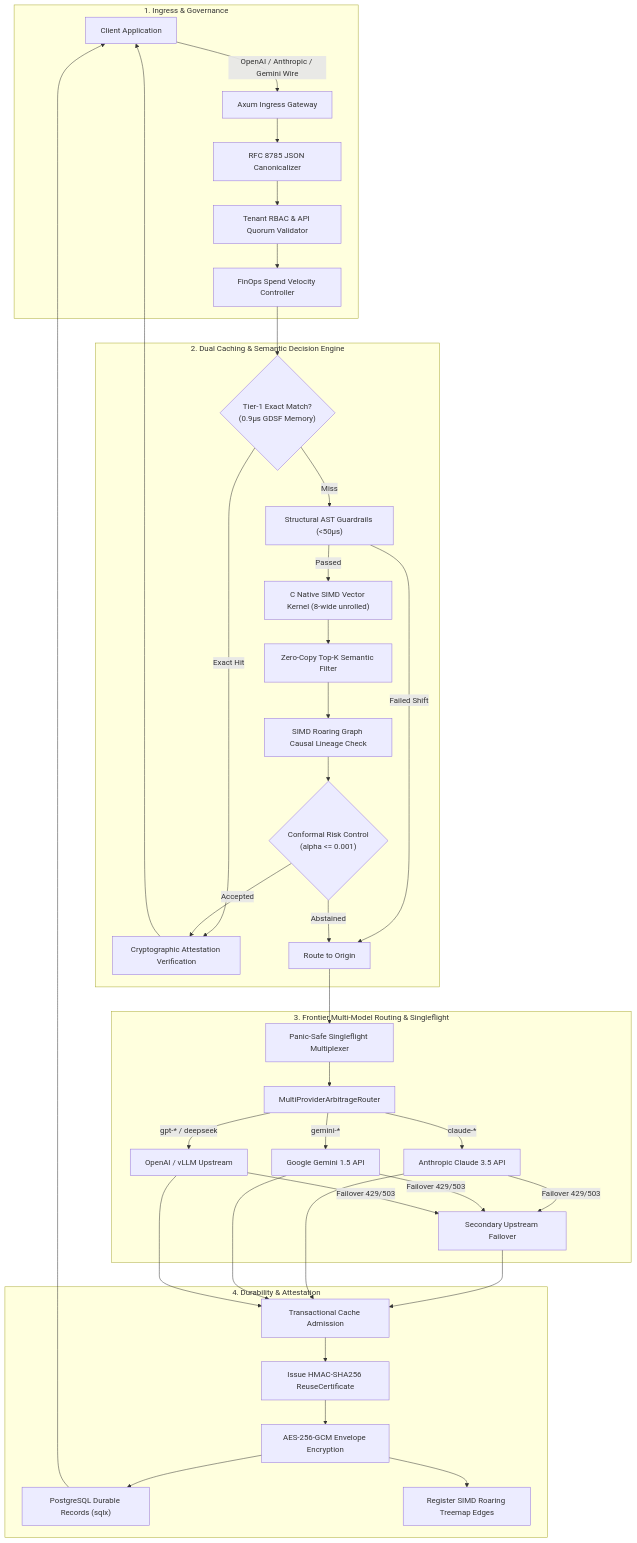
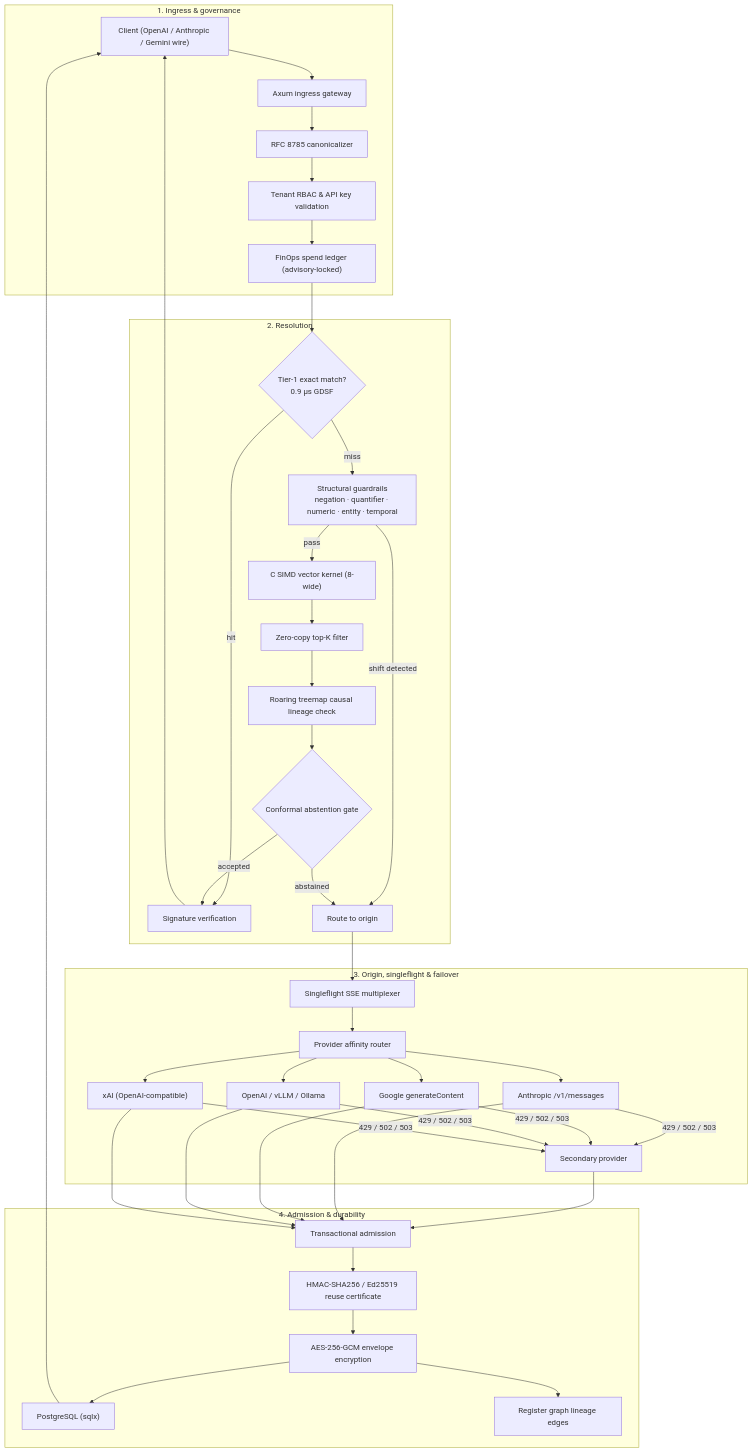
Before and after one commit to Monkey0-9/Sunborn: the diagram in README.md, drawn with Mermaid. The commit also changed other lines of this file and 55 other files, not shown here.

````diff
--- a/README.md
+++ b/README.md
@@ -96,43 +169,42 @@
 ```mermaid
 flowchart TD
-    subgraph Ingress["1. Ingress & Governance"]
-        Client["Client Application"] -->|OpenAI / Anthropic / Gemini Wire| IngressFilter["Axum Ingress Gateway"]
-        IngressFilter --> Canonicalizer["RFC 8785 JSON Canonicalizer"]
-        Canonicalizer --> Auth["Tenant RBAC & API Quorum Validator"]
-        Auth --> FinOps["FinOps Spend Velocity Controller"]
+    subgraph Ingress["1. Ingress & governance"]
+        Client["Client (OpenAI / Anthropic / Gemini wire)"] --> Gateway["Axum ingress gateway"]
+        Gateway --> Canon["RFC 8785 canonicalizer"]
+        Canon --> Auth["Tenant RBAC & API key validation"]
+        Auth --> FinOps["FinOps spend ledger (advisory-locked)"]
     end
 
-    subgraph Resolution["2. Dual Caching & Semantic Decision Engine"]
-        FinOps --> ExactCache{"Tier-1 Exact Match?<br/>(0.9µs GDSF Memory)"}
-        ExactCache -->|Exact Hit| CertVerify["Cryptographic Attestation Verification"]
-        ExactCache -->|Miss| Guardrails["Structural AST Guardrails (<50µs)"]
-        
-        Guardrails -->|Passed| SimdEngine["C Native SIMD Vector Kernel (8-wide unrolled)"]
-        Guardrails -->|Failed Shift| RecomputeRoute["Route to Origin"]
-        
-        SimdEngine --> VectorSearch["Zero-Copy Top-K Semantic Filter"]
-        VectorSearch --> GraphCheck["SIMD Roaring Graph Causal Lineage Check"]
-        GraphCheck --> ConformalGate{"Conformal Risk Control<br/>(alpha <= 0.001)"}
-        ConformalGate -->|Accepted| CertVerify
-        ConformalGate -->|Abstained| RecomputeRoute
+    subgraph Resolution["2. Resolution"]
+        FinOps --> Exact{"Tier-1 exact match?<br/>0.9 µs GDSF"}
+        Exact -->|hit| Attest["Signature verification"]
+        Exact -->|miss| Guard["Structural guardrails<br/>negation · quantifier · numeric · entity · temporal"]
+        Guard -->|shift detected| Origin["Route to origin"]
+        Guard -->|pass| Simd["C SIMD vector kernel (8-wide)"]
+        Simd --> TopK["Zero-copy top-K filter"]
+        TopK --> Graph["Roaring treemap causal lineage check"]
+        Graph --> Conformal{"Conformal abstention gate"}
+        Conformal -->|accepted| Attest
+        Conformal -->|abstained| Origin
     end
 
-    subgraph OriginArbitrage["3. Frontier Multi-Model Routing & Singleflight"]
-        RecomputeRoute --> Singleflight["Panic-Safe Singleflight Multiplexer"]
-        Singleflight --> Router["MultiProviderArbitrageRouter"]
-        Router -->|claude-*| Anthropic["Anthropic Claude 3.5 API"]
-        Router -->|gemini-*| Gemini["Google Gemini 1.5 API"]
-        Router -->|gpt-* / deepseek| OpenAI["OpenAI / vLLM Upstream"]
-        Anthropic & Gemini & OpenAI -->|Failover 429/503| BackupProvider["Secondary Upstream Failover"]
+    subgraph Upstream["3. Origin, singleflight & failover"]
+        Origin --> Singleflight["Singleflight SSE multiplexer"]
+        Singleflight --> Router["Provider affinity router"]
+        Router --> Anthropic["Anthropic /v1/messages"]
+        Router --> Gemini["Google generateContent"]
+        Router --> OpenAI["OpenAI / vLLM / Ollama"]
+        Router --> Grok["xAI (OpenAI-compatible)"]
+        Anthropic & Gemini & OpenAI & Grok -->|429 / 502 / 503| Failover["Secondary provider"]
     end
 
-    subgraph Attestation["4. Durability & Attestation"]
-        BackupProvider & Anthropic & Gemini & OpenAI --> PostProcess["Transactional Cache Admission"]
-        PostProcess --> CertIssuer["Issue HMAC-SHA256 ReuseCertificate"]
-        CertIssuer --> Encrypt["AES-256-GCM Envelope Encryption"]
-        Encrypt --> Postgres["PostgreSQL Durable Records (sqlx)"]
-        Encrypt --> IndexLineage["Register SIMD Roaring Treemap Edges"]
-        CertVerify --> Client
-        Postgres --> Client
+    subgraph Attestation["4. Admission & durability"]
+        Failover & Anthropic & Gemini & OpenAI & Grok --> Admit["Transactional admission"]
+        Admit --> Cert["HMAC-SHA256 / Ed25519 reuse certificate"]
+        Cert --> Enc["AES-256-GCM envelope encryption"]
+        Enc --> PG["PostgreSQL (sqlx)"]
+        Enc --> Lineage["Register graph lineage edges"]
+        Attest --> Client
+        PG --> Client
     end
 ```
````
